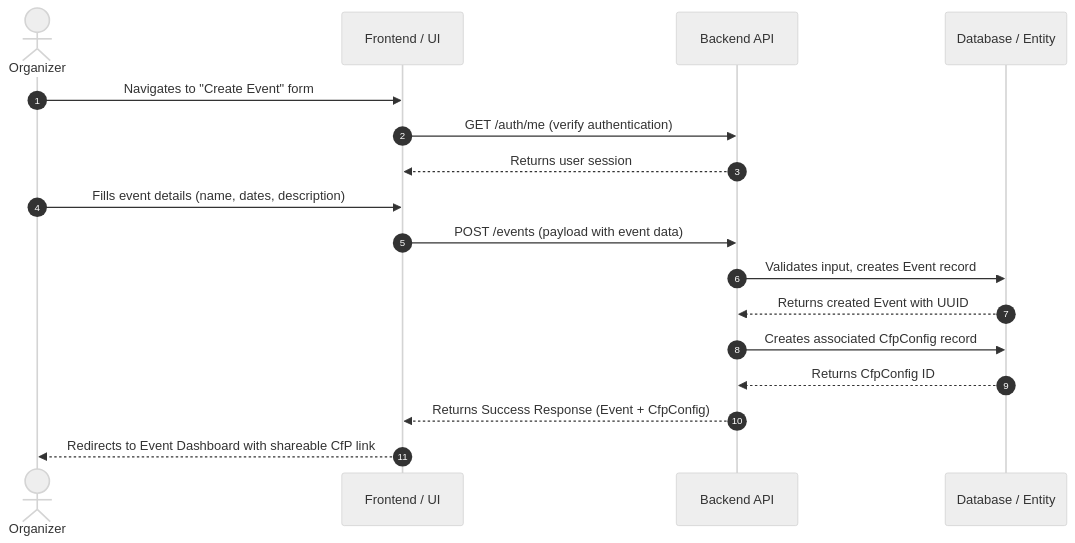
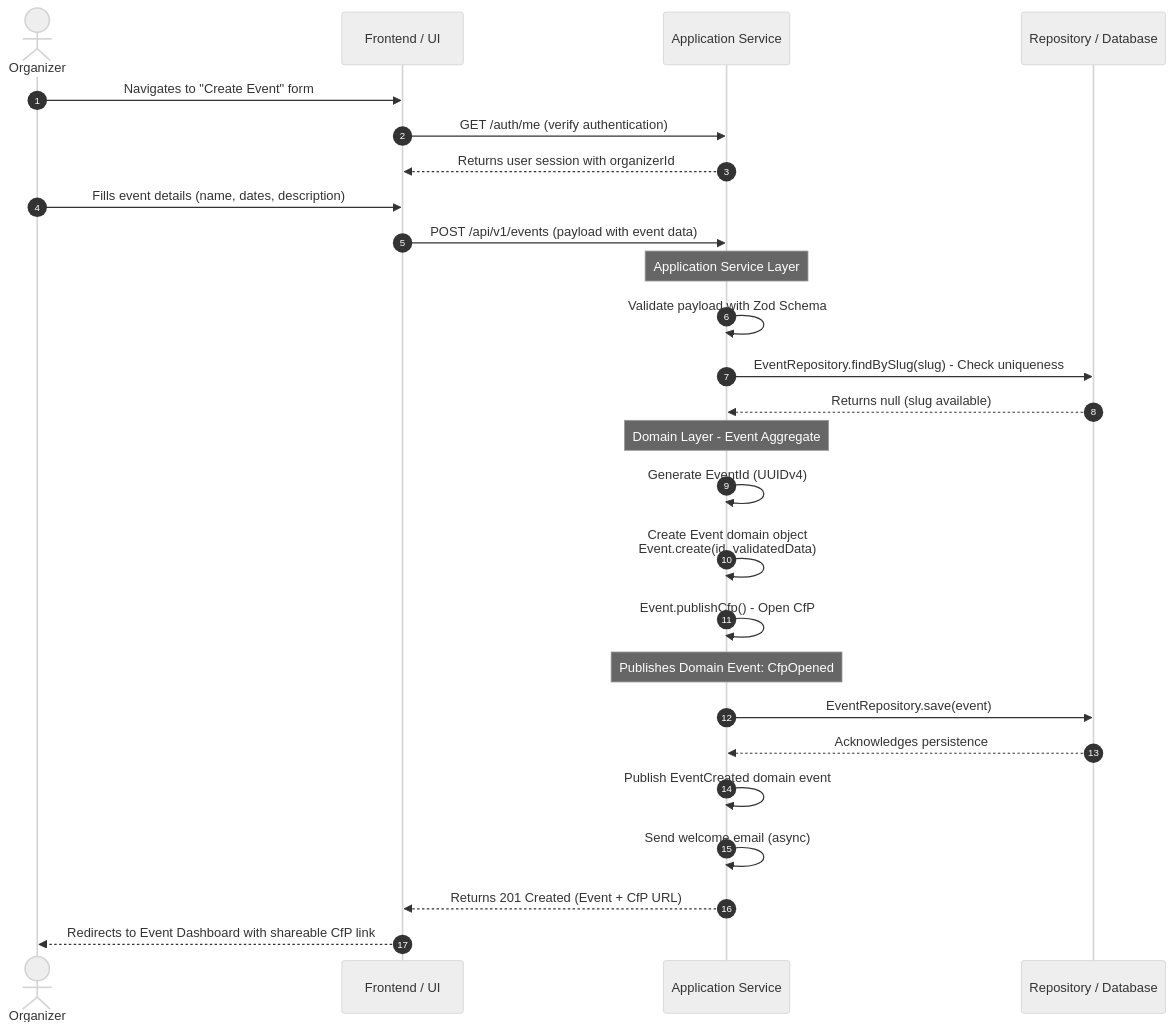
Before and after one commit to faparicior/SessioFlow: the diagram in docs/product/bounded-contexts/event/flows/journey-01-setup-event.md, drawn with Mermaid (neutral theme). The commit also changed other lines of this file, not shown here.

Commit message:
docs: update setup event journey documentation to reflect domain-driven design and aggregate behaviors

````diff
--- a/docs/product/bounded-contexts/event/flows/journey-01-setup-event.md
+++ b/docs/product/bounded-contexts/event/flows/journey-01-setup-event.md
@@ -18,20 +19,33 @@
 ```mermaid
 sequenceDiagram
     autonumber
     actor User as Organizer
     participant UI as Frontend / UI
-    participant API as Backend API
-    participant DB as Database / Entity
+    participant API as Application Service
+    participant DB as Repository / Database
 
     User->>UI: Navigates to "Create Event" form
     UI->>API: GET /auth/me (verify authentication)
-    API-->>UI: Returns user session
+    API-->>UI: Returns user session with organizerId
     User->>UI: Fills event details (name, dates, description)
-    UI->>API: POST /events (payload with event data)
-    API->>DB: Validates input, creates Event record
-    DB-->>API: Returns created Event with UUID
-    API->>DB: Creates associated CfpConfig record
-    DB-->>API: Returns CfpConfig ID
-    API-->>UI: Returns Success Response (Event + CfpConfig)
+    UI->>API: POST /api/v1/events (payload with event data)
+    
+    Note over API: Application Service Layer
+    API->>API: Validate payload with Zod Schema
+    API->>DB: EventRepository.findBySlug(slug) - Check uniqueness
+    DB-->>API: Returns null (slug available)
+    
+    Note over API: Domain Layer - Event Aggregate
+    API->>API: Generate EventId (UUIDv4)
+    API->>API: Create Event domain object<br/>Event.create(id, validatedData)
+    API->>API: Event.publishCfp() - Open CfP
+    Note over API: Publishes Domain Event: CfpOpened
+    
+    API->>DB: EventRepository.save(event)
+    DB-->>API: Acknowledges persistence
+    API->>API: Publish EventCreated domain event
+    API->>API: Send welcome email (async)
+    
+    API-->>UI: Returns 201 Created (Event + CfP URL)
     UI-->>User: Redirects to Event Dashboard with shareable CfP link
 ```
````
